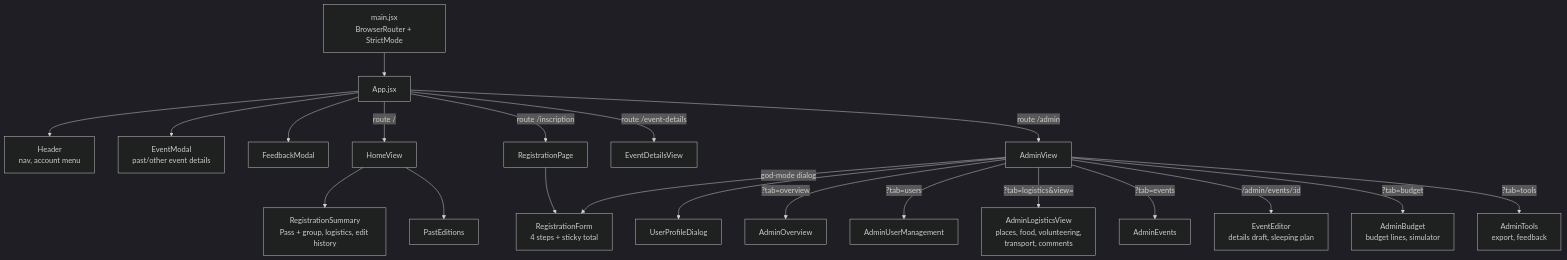
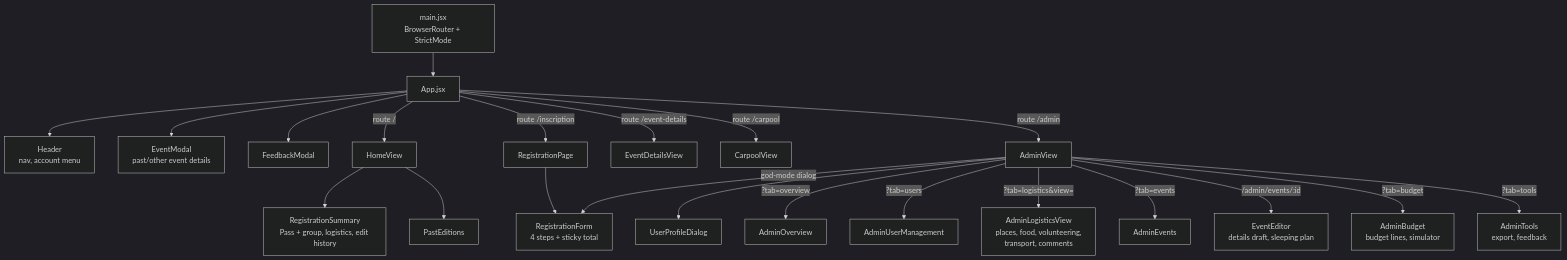
Before and after one commit to YULmix/yulmix-la-bedaine: the first of 2 diagrams in docs/05-frontend-guide.md, drawn with Mermaid (dark theme). The commit also changed other lines of this file and 26 other files, not shown here.

````diff
--- a/docs/05-frontend-guide.md
+++ b/docs/05-frontend-guide.md
@@ -29,24 +30,25 @@
 ```mermaid
 flowchart TD
   MAIN["main.jsx<br/>BrowserRouter + StrictMode"] --> APP["App.jsx"]
   APP --> HEADER["Header<br/>nav, account menu"]
   APP --> MODAL["EventModal<br/>past/other event details"]
   APP --> FEEDBACK["FeedbackModal"]
   APP -->|route /| HOME["HomeView"]
   APP -->|route /inscription| REGPAGE["RegistrationPage"]
   APP -->|route /event-details| DETAILS["EventDetailsView"]
+  APP -->|route /carpool| CARPOOL["CarpoolView"]
   APP -->|route /admin| ADMIN["AdminView"]
 
   HOME --> SUMMARY["RegistrationSummary<br/>Pass + group, logistics, edit history"]
   HOME --> PAST["PastEditions"]
   REGPAGE --> FORM["RegistrationForm<br/>4 steps + sticky total"]
   ADMIN -->|"god-mode dialog"| FORM
   ADMIN --> PROFILE["UserProfileDialog"]
   ADMIN -->|"?tab=overview"| OVERVIEW["AdminOverview"]
   ADMIN -->|"?tab=users"| USERS["AdminUserManagement"]
   ADMIN -->|"?tab=logistics&view="| LOGISTICS["AdminLogisticsView<br/>places, food, volunteering,<br/>transport, comments"]
   ADMIN -->|"?tab=events"| EVENTS["AdminEvents"]
   ADMIN -->|"/admin/events/:id"| EDITOR["EventEditor<br/>details draft, sleeping plan"]
   ADMIN -->|"?tab=budget"| BUDGET["AdminBudget<br/>budget lines, simulator"]
   ADMIN -->|"?tab=tools"| TOOLS["AdminTools<br/>export, feedback"]
 ```
````
